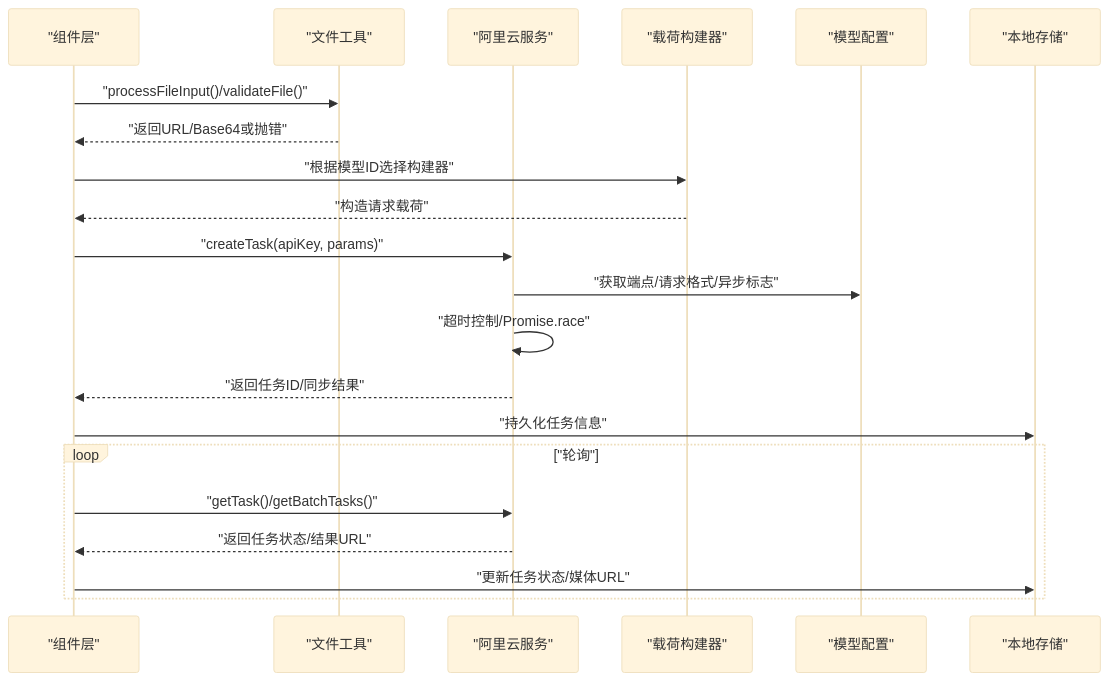
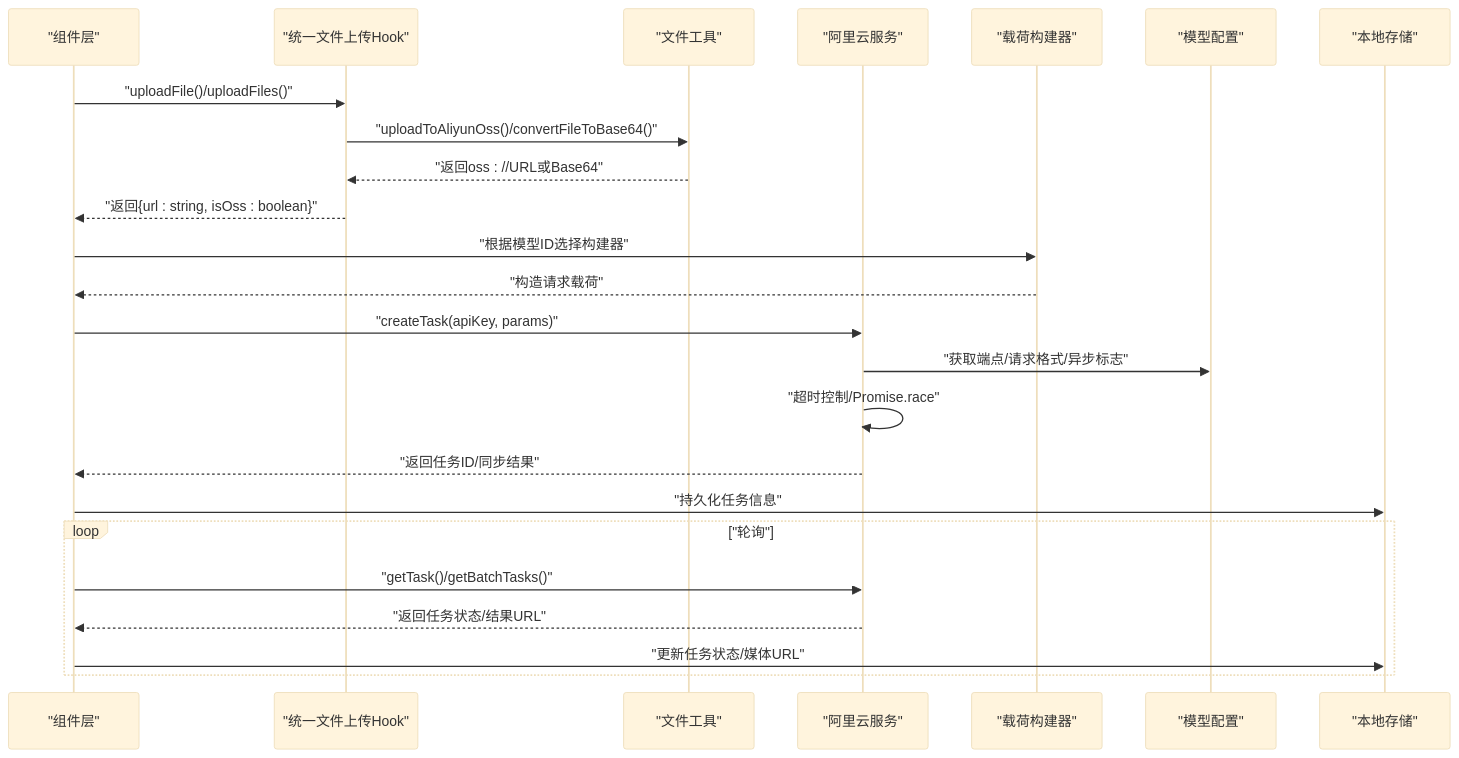
The second of 8 diagrams in .qoder/repowiki/zh/content/架构设计/服务层架构/工具函数服务.md (alex0001yyy/wan-app), drawn with Mermaid (base theme) before and after one commit. The commit also changed other lines of this file and 35 other files, not shown here.

````diff
--- a/.qoder/repowiki/zh/content/架构设计/服务层架构/工具函数服务.md
+++ b/.qoder/repowiki/zh/content/架构设计/服务层架构/工具函数服务.md
@@ -111,23 +117,26 @@
 ```mermaid
 sequenceDiagram
 participant UI as "组件层"
+participant UFU as "统一文件上传Hook"
 participant FU as "文件工具"
 participant AL as "阿里云服务"
 participant PB as "载荷构建器"
 participant MC as "模型配置"
 participant LS as "本地存储"
-UI->>FU : "processFileInput()/validateFile()"
-FU-->>UI : "返回URL/Base64或抛错"
+UI->>UFU : "uploadFile()/uploadFiles()"
+UFU->>FU : "uploadToAliyunOss()/convertFileToBase64()"
+FU-->>UFU : "返回oss : //URL或Base64"
+UFU-->>UI : "返回{url : string, isOss : boolean}"
 UI->>PB : "根据模型ID选择构建器"
 PB-->>UI : "构造请求载荷"
 UI->>AL : "createTask(apiKey, params)"
 AL->>MC : "获取端点/请求格式/异步标志"
 AL->>AL : "超时控制/Promise.race"
 AL-->>UI : "返回任务ID/同步结果"
 UI->>LS : "持久化任务信息"
 loop "轮询"
 UI->>AL : "getTask()/getBatchTasks()"
 AL-->>UI : "返回任务状态/结果URL"
 UI->>LS : "更新任务状态/媒体URL"
 end
 ```
````
